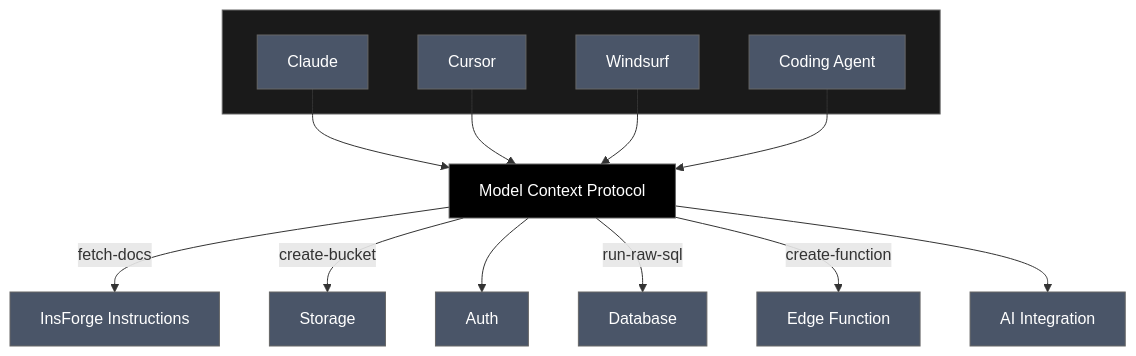
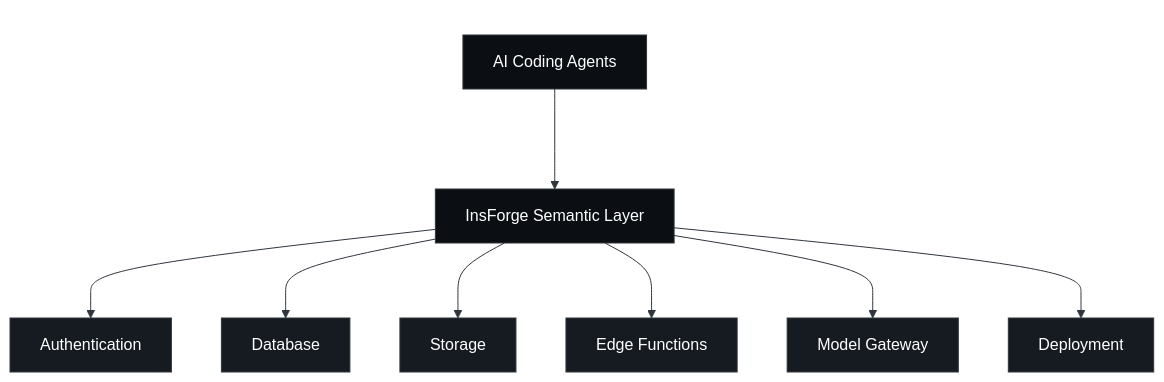
One commit to InsForge/InsForge changed the diagram in README.md. Above: the diagram before and after it, drawn with Mermaid. The commit also changed other lines of this file and 1 other file, not shown here.

````diff
--- a/README.md
+++ b/README.md
@@ -114,35 +38,31 @@
 ```mermaid
-graph TD
-    subgraph agents[" "]
-        A1[Claude]
-        A2[Cursor]
-        A3[Windsurf]
-        A4[Coding Agent]
+graph TB
+
+    subgraph TOP[" "]
+        AG[AI Coding Agents]
     end
 
-    A1 --> MCP[Model Context Protocol]
-    A2 --> MCP
-    A3 --> MCP
-    A4 --> MCP
+    subgraph MID[" "]
+        SL[InsForge Semantic Layer]
+    end
 
-    MCP -->|fetch-docs| INS[InsForge Instructions]
+    AG --> SL
 
-    MCP -->|create-bucket| S[Storage]
-    MCP --> AUTH[Auth]
-    MCP -->|run-raw-sql| DB[Database]
-    MCP -->|create-function| EF[Edge Function]
-    MCP --> AI[AI Integration]
+    SL --> AUTH[Authentication]
+    SL --> DB[Database]
+    SL --> ST[Storage]
+    SL --> EF[Edge Functions]
+    SL --> MG[Model Gateway]
+    SL --> DEP[Deployment]
 
-    style agents fill:#1a1a1a,stroke:#666,color:#fff
-    style MCP fill:#000,stroke:#666,color:#fff
-    style INS fill:#4a5568,stroke:#666,color:#fff
-    style S fill:#4a5568,stroke:#666,color:#fff
-    style AUTH fill:#4a5568,stroke:#666,color:#fff
-    style DB fill:#4a5568,stroke:#666,color:#fff
-    style EF fill:#4a5568,stroke:#666,color:#fff
-    style AI fill:#4a5568,stroke:#666,color:#fff
-    style A1 fill:#4a5568,stroke:#666,color:#fff
-    style A2 fill:#4a5568,stroke:#666,color:#fff
-    style A3 fill:#4a5568,stroke:#666,color:#fff
-    style A4 fill:#4a5568,stroke:#666,color:#fff
+    classDef bar fill:#0b0f14,stroke:#30363d,stroke-width:1px,color:#ffffff
+    classDef card fill:#161b22,stroke:#30363d,stroke-width:1px,color:#ffffff
+
+    class AG,SL bar
+    class AUTH,DB,ST,EF,MG,DEP card
+
+    style TOP fill:transparent,stroke:transparent
+    style MID fill:transparent,stroke:transparent
+
+    linkStyle default stroke:#30363d,stroke-width:1px
 ```
````
